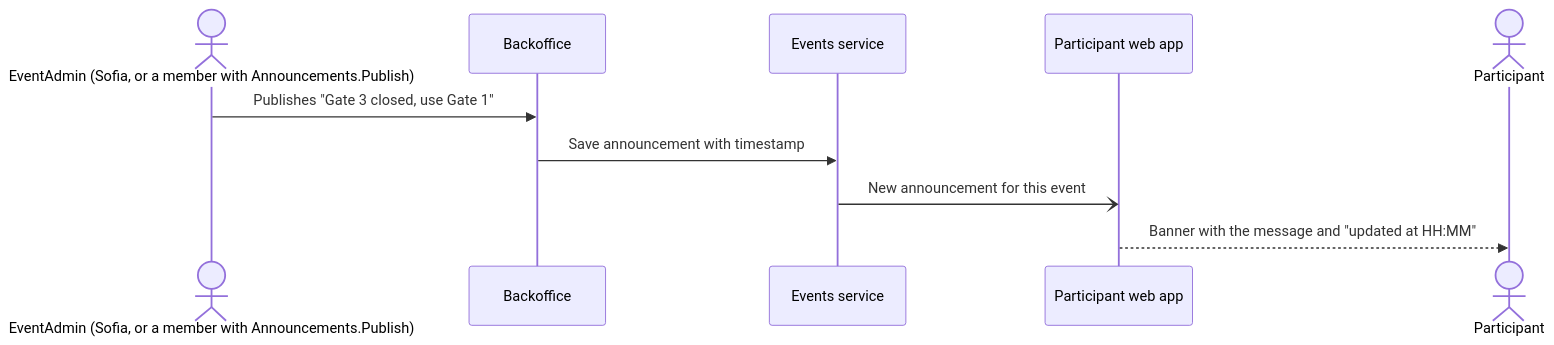
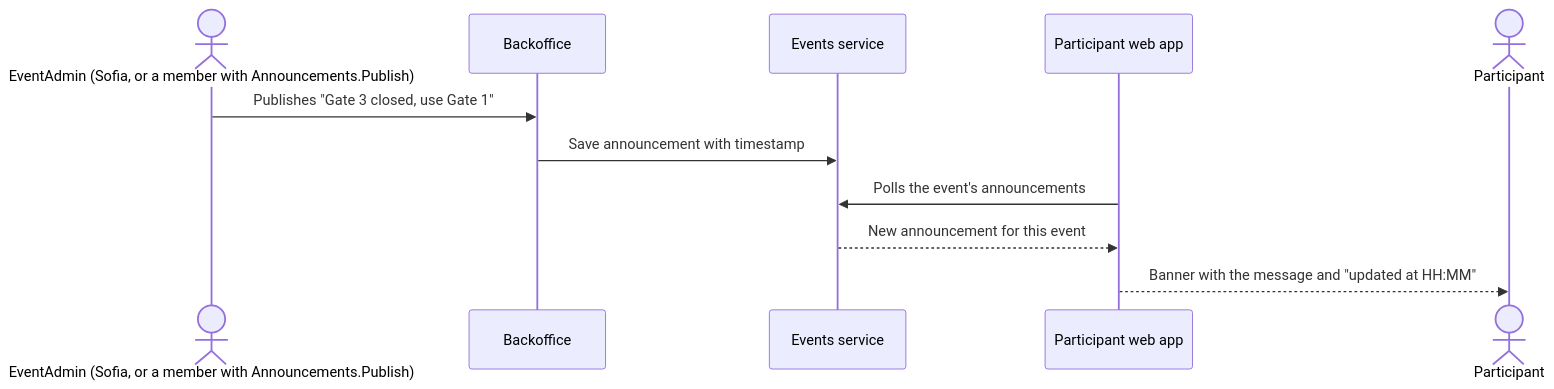
Before and after one commit to tomasoliveira21/LABDSOF: the fifth of 8 diagrams in Docs/Product/user-workflows.md, drawn with Mermaid. The commit also changed other lines of this file and 5 other files, not shown here.

````diff
--- a/Docs/Product/user-workflows.md
+++ b/Docs/Product/user-workflows.md
@@ -169,13 +170,14 @@
 ```mermaid
 sequenceDiagram
     actor A as EventAdmin (Sofia, or a member with Announcements.Publish)
     participant BO as Backoffice
     participant Ev as Events service
     participant App as Participant web app
     actor P as Participant
 
     A->>BO: Publishes "Gate 3 closed, use Gate 1"
     BO->>Ev: Save announcement with timestamp
-    Ev-)App: New announcement for this event
+    App->>Ev: Polls the event's announcements
+    Ev-->>App: New announcement for this event
     App-->>P: Banner with the message and "updated at HH:MM"
 ```
````
